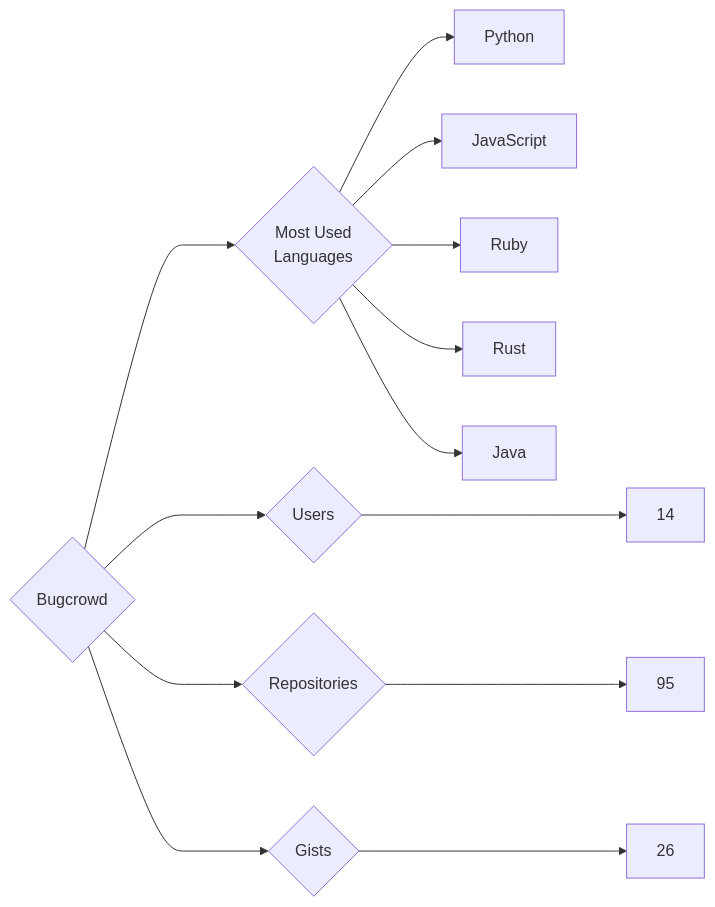
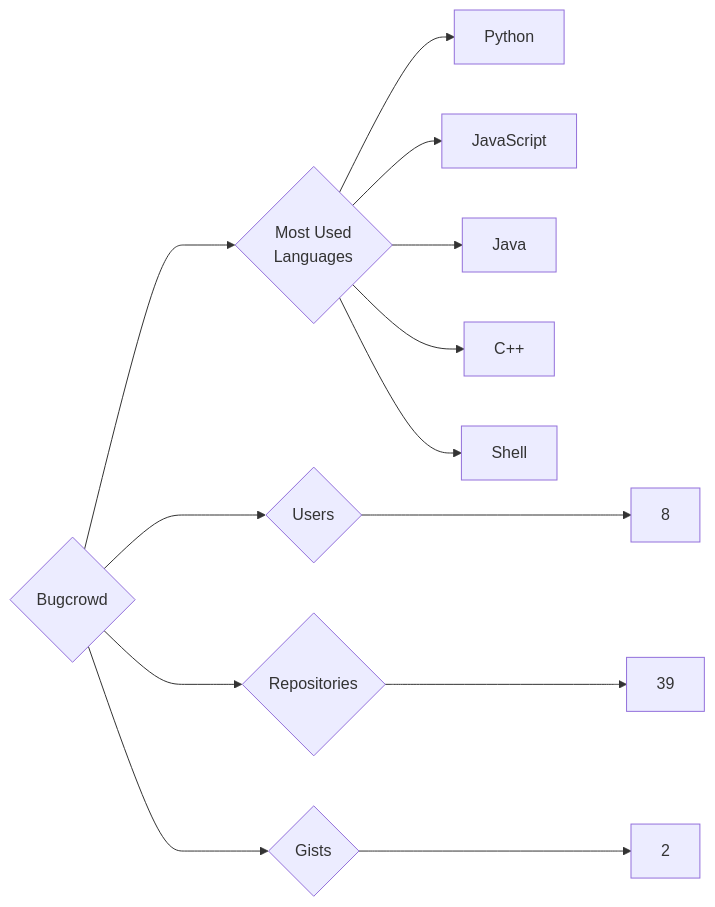
Before and after one commit to trickest/insiders: the diagram in targets/Bugcrowd/README.md, drawn with Mermaid. The commit also changed 859 other files, not shown here.

````diff
--- a/targets/Bugcrowd/README.md
+++ b/targets/Bugcrowd/README.md
@@ -3,13 +3,13 @@
 ```mermaid
 graph LR
 COMPANY_NAME{Bugcrowd}
-COMPANY_NAME ---> U{Users} ---> UN[14]
-COMPANY_NAME ---> R{Repositories} ---> RN[95]
-COMPANY_NAME ---> G{Gists} ---> GN[26]
+COMPANY_NAME ---> U{Users} ---> UN[8]
+COMPANY_NAME ---> R{Repositories} ---> RN[39]
+COMPANY_NAME ---> G{Gists} ---> GN[2]
 COMPANY_NAME ---> ML{Most Used<br>Languages}
 ML --> Python[Python]
 ML --> JavaScript[JavaScript]
-ML --> Ruby[Ruby]
-ML --> Rust[Rust]
 ML --> Java[Java]
+ML --> C++[C++]
+ML --> Shell[Shell]
 ```
````
